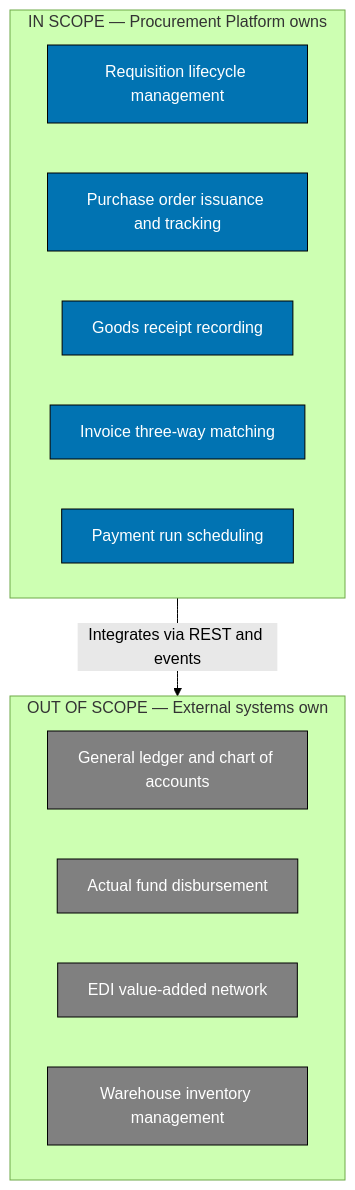
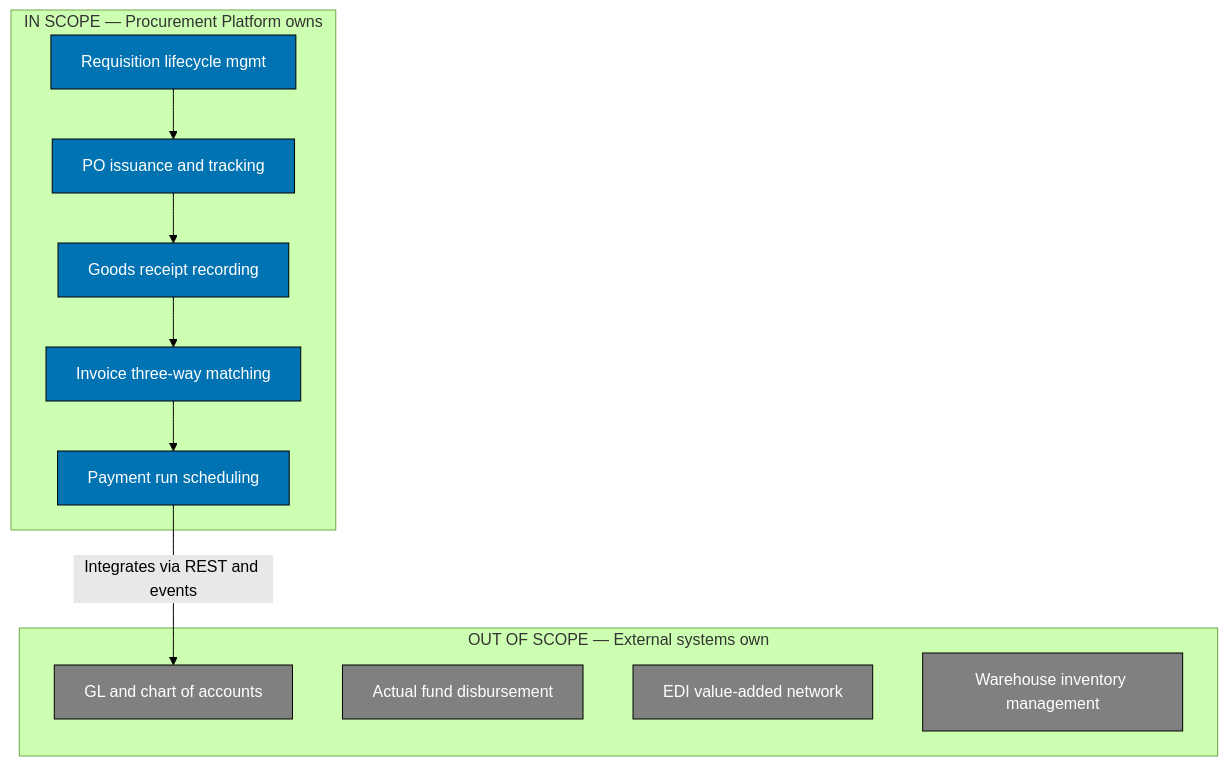
One commit to wahidyankf/baseerah changed diagram 26 of 30 in apps/ayokoding-www/content/en/learn/software-engineering/software-architecture/c4-model/by-example/beginner.md. Above: the diagram before and after it, drawn with Mermaid (forest theme). The commit also changed other lines of this file and 88 other files, not shown here.

First line of the commit message:
fix(ayokoding-www): resolve pre-existing Mermaid violations, exclude fixtures/plans-done

````diff
--- a/apps/ayokoding-www/content/en/learn/software-engineering/software-architecture/c4-model/by-example/beginner.md
+++ b/apps/ayokoding-www/content/en/learn/software-engineering/software-architecture/c4-model/by-example/beginner.md
@@ -954,29 +954,33 @@
 ```mermaid
 graph TD
     subgraph InScope["IN SCOPE — Procurement Platform owns"]
-        PRLifecycle["Requisition lifecycle management"]
-        POLifecycle["Purchase order issuance and tracking"]
+        PRLifecycle["Requisition lifecycle mgmt"]
+        POLifecycle["PO issuance and tracking"]
         GRNEntry["Goods receipt recording"]
         InvMatching["Invoice three-way matching"]
         PayRun["Payment run scheduling"]
     end
 
     subgraph OutOfScope["OUT OF SCOPE — External systems own"]
-        ERPAccounting["General ledger and chart of accounts"]
+        ERPAccounting["GL and chart of accounts"]
         BankDisbursement["Actual fund disbursement"]
         EDINetwork["EDI value-added network"]
         InventoryMgmt["Warehouse inventory management"]
     end
 
-    InScope -->|"Integrates via REST and events"| OutOfScope
+    PRLifecycle --> POLifecycle
+    POLifecycle --> GRNEntry
+    GRNEntry --> InvMatching
+    InvMatching --> PayRun
+    PayRun -->|"Integrates via REST and events"| ERPAccounting
 
     style PRLifecycle fill:#0173B2,stroke:#000,color:#fff
     style POLifecycle fill:#0173B2,stroke:#000,color:#fff
     style GRNEntry fill:#0173B2,stroke:#000,color:#fff
     style InvMatching fill:#0173B2,stroke:#000,color:#fff
     style PayRun fill:#0173B2,stroke:#000,color:#fff
     style ERPAccounting fill:#808080,stroke:#000,color:#fff
     style BankDisbursement fill:#808080,stroke:#000,color:#fff
     style EDINetwork fill:#808080,stroke:#000,color:#fff
     style InventoryMgmt fill:#808080,stroke:#000,color:#fff
 ```
````
